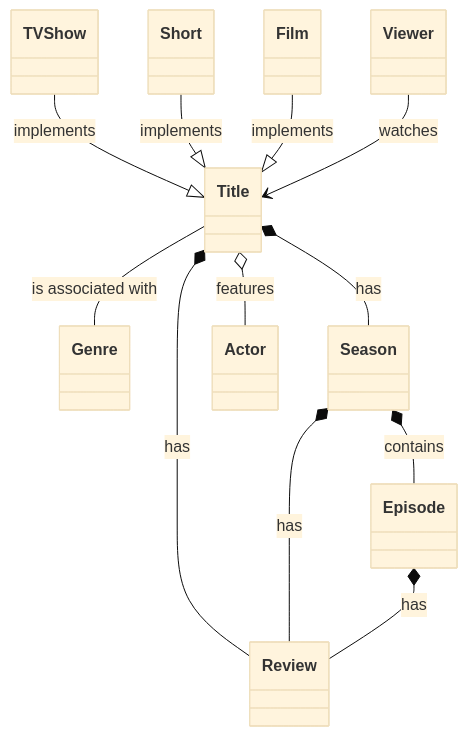
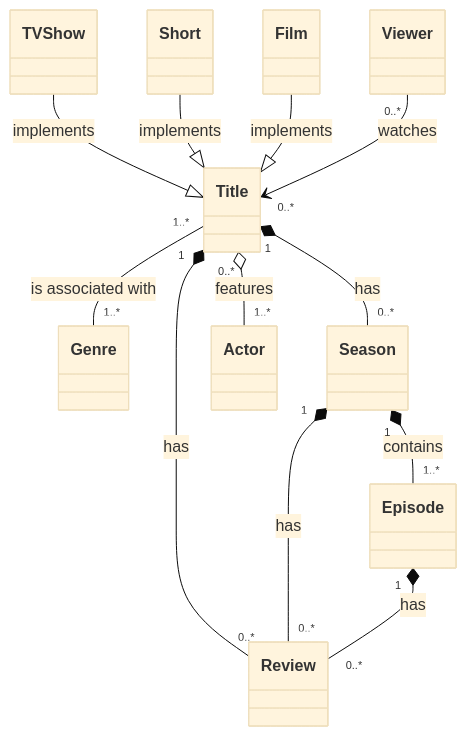
Before and after one commit to rawandrew/diagramming: the second of 3 diagrams in mermaid_diagrams.md, drawn with Mermaid (base theme). The commit also changed other lines of this file, not shown here.

Commit message:
Add cardinality to the diagram.

````diff
--- a/mermaid_diagrams.md
+++ b/mermaid_diagrams.md
@@ -25,17 +26,18 @@
 ```mermaid
 classDiagram
-    Title -- Genre: is associated with
-    Title *-- Season: has
-    Title *-- Review: has
-    Title o-- Actor: features    
+    Title "1..*" -- "1..*" Genre: is associated with
+    Title "1" *-- "0..*" Season: has
+    Title "1" *-- "0..*" Review: has
+    Title "0..*" o-- "1..*" Actor: features
+        
     TV Show --|> Title: implements
     Short --|> Title: implements
     Film --|> Title: implements
     
-    Viewer --> Title: watches
+    Viewer "0..*" --> "0..*" Title: watches
     
-    Season *-- Review: has
-    Season *-- Episode: contains
+    Season "1" *-- "0..*" Review: has
+    Season "1" *-- "1..*" Episode: contains
     
-    Episode *-- Review: has
+    Episode "1" *-- "0..*" Review: has
 ```
````
